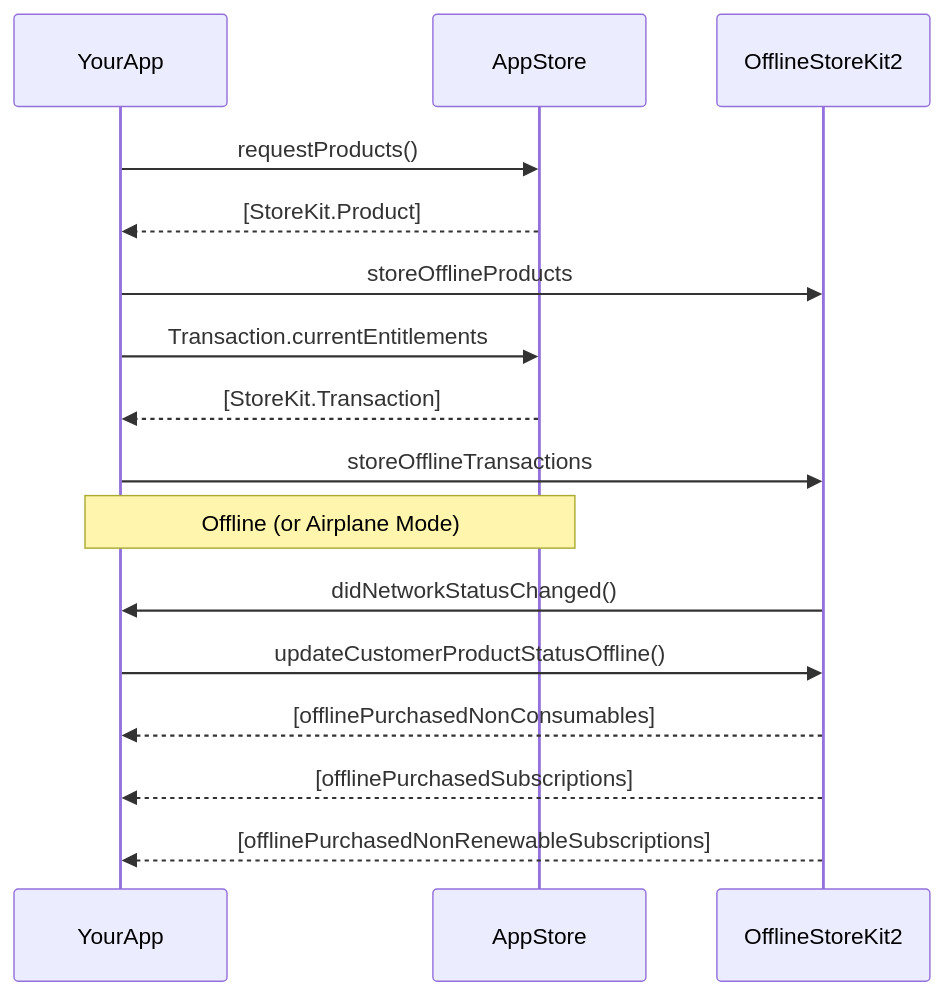
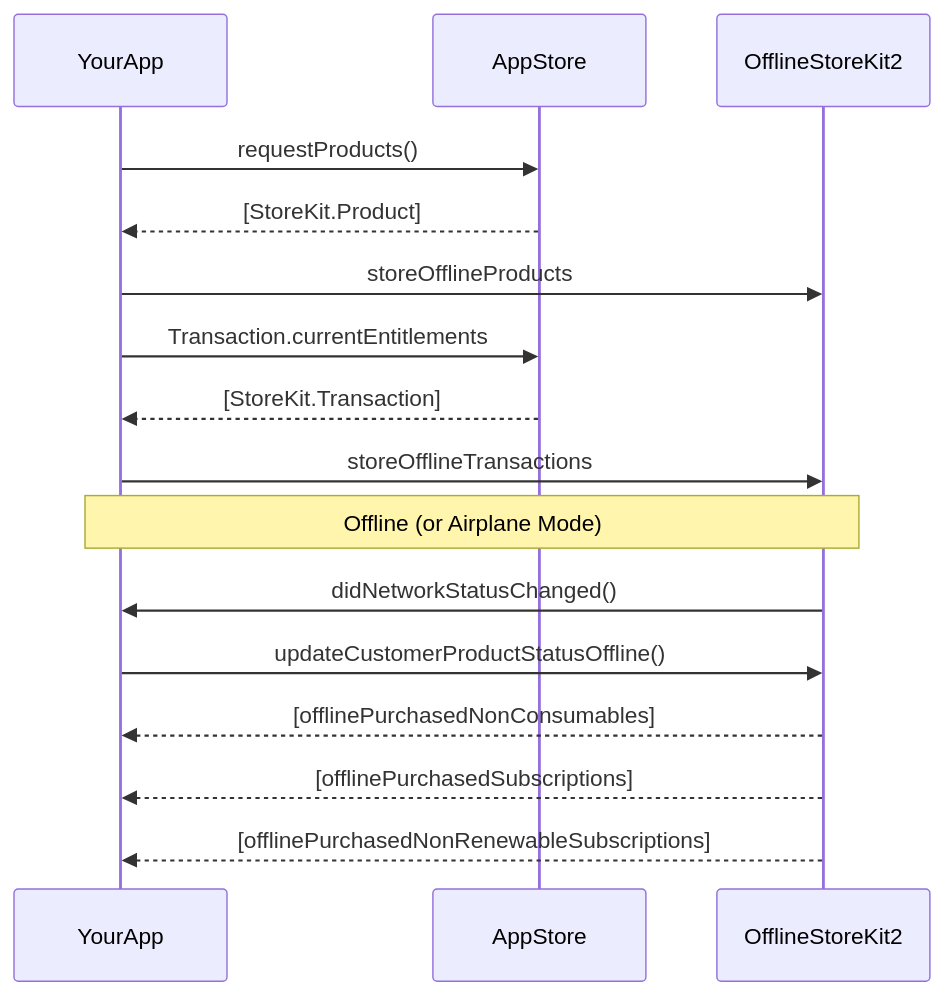
Before and after one commit to fborelli/OfflineStoreKit2: the diagram in README.md, drawn with Mermaid.

````diff
--- a/README.md
+++ b/README.md
@@ -35,18 +35,18 @@
 ```mermaid
 sequenceDiagram
     participant YourApp
     participant AppStore
     participant OfflineStoreKit2
     YourApp->>AppStore: requestProducts()
     AppStore-->>YourApp: [StoreKit.Product]
     YourApp->>OfflineStoreKit2: storeOfflineProducts
     YourApp->>AppStore: Transaction.currentEntitlements
     AppStore-->>YourApp: [StoreKit.Transaction]
     YourApp->>OfflineStoreKit2: storeOfflineTransactions
-    Note over YourApp,AppStore: Offline (or Airplane Mode)
+    Note over YourApp,OfflineStoreKit2: Offline (or Airplane Mode)
     OfflineStoreKit2->>YourApp: didNetworkStatusChanged()
     YourApp->>OfflineStoreKit2: updateCustomerProductStatusOffline()
     OfflineStoreKit2-->>YourApp: [offlinePurchasedNonConsumables]
     OfflineStoreKit2-->>YourApp: [offlinePurchasedSubscriptions]
     OfflineStoreKit2-->>YourApp: [offlinePurchasedNonRenewableSubscriptions]
 ```
````
